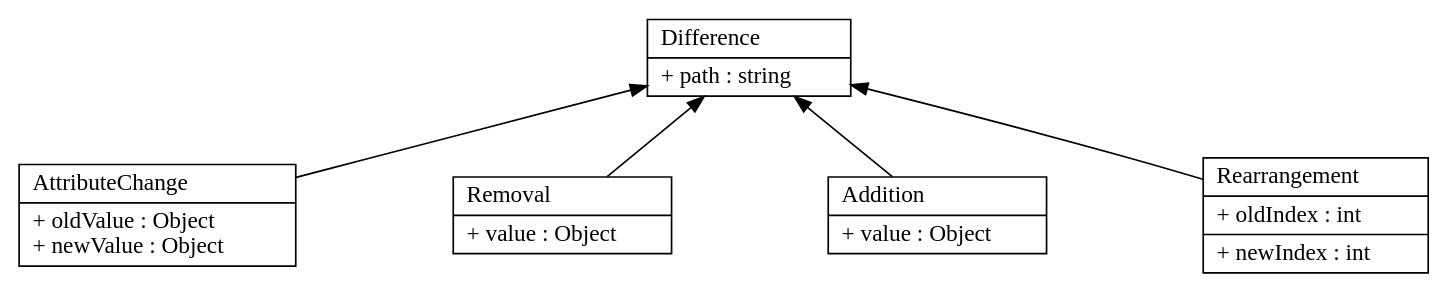
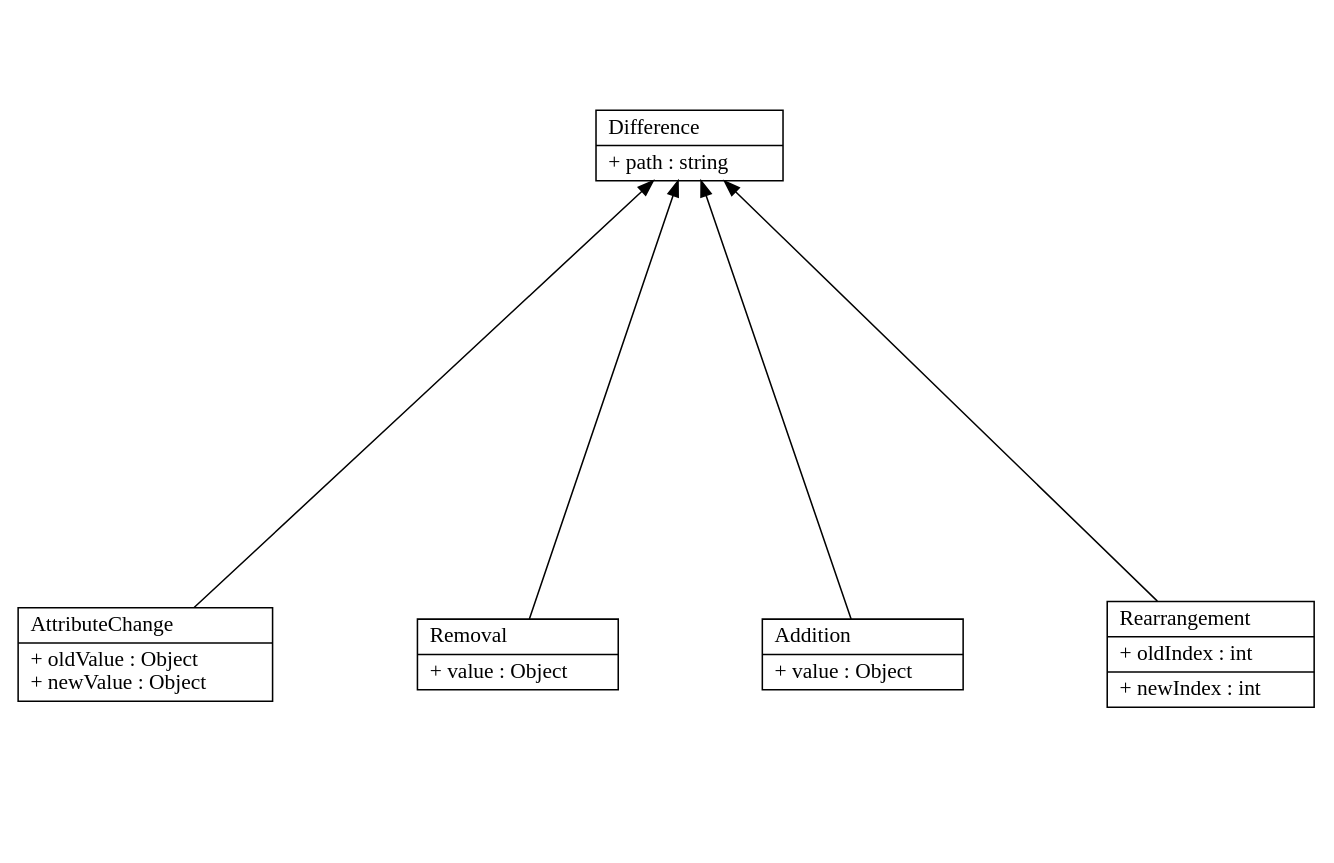
The diagram in resources/comparison.dot (stemey/atem-presentation), drawn with Graphviz before and after one commit. The commit also changed 18 other files, not shown here.

```diff
--- a/resources/comparison.dot
+++ b/resources/comparison.dot
@@ -1,36 +1,36 @@
 digraph G {
 	rankdir=BT;
         fontname = "Bitstream Vera Sans";
         fontsize = 8;
 splines=true;
 nodesep=1.3;
+size="11,7";
+ratio=fill;
 
         node [
                 shape = "record"
         ]
 
-        edge [
-	]
-
+   
         Difference [
                 label = "{Difference\l|+ path : string\l}",id=Difference
         ]
         AttributeChange [
                 label = "{AttributeChange\l| + oldValue : Object\l + newValue : Object\l}",id=AttributeChange
         ]
         Removal [
                 label = "{Removal\l| + value : Object\l}",id=Removal
         ]
         Addition [
                 label = "{Addition\l| + value : Object\l}",id=Addition
         ]
 	Rearrangement [
                 label = "{Rearrangement\l| + oldIndex : int\l| + newIndex : int\l}",id=Rearrangement
         ]
 	
         
 		AttributeChange -> Difference;
 		Removal -> Difference;
 		Addition -> Difference;
 		Rearrangement -> Difference;
 }
```
